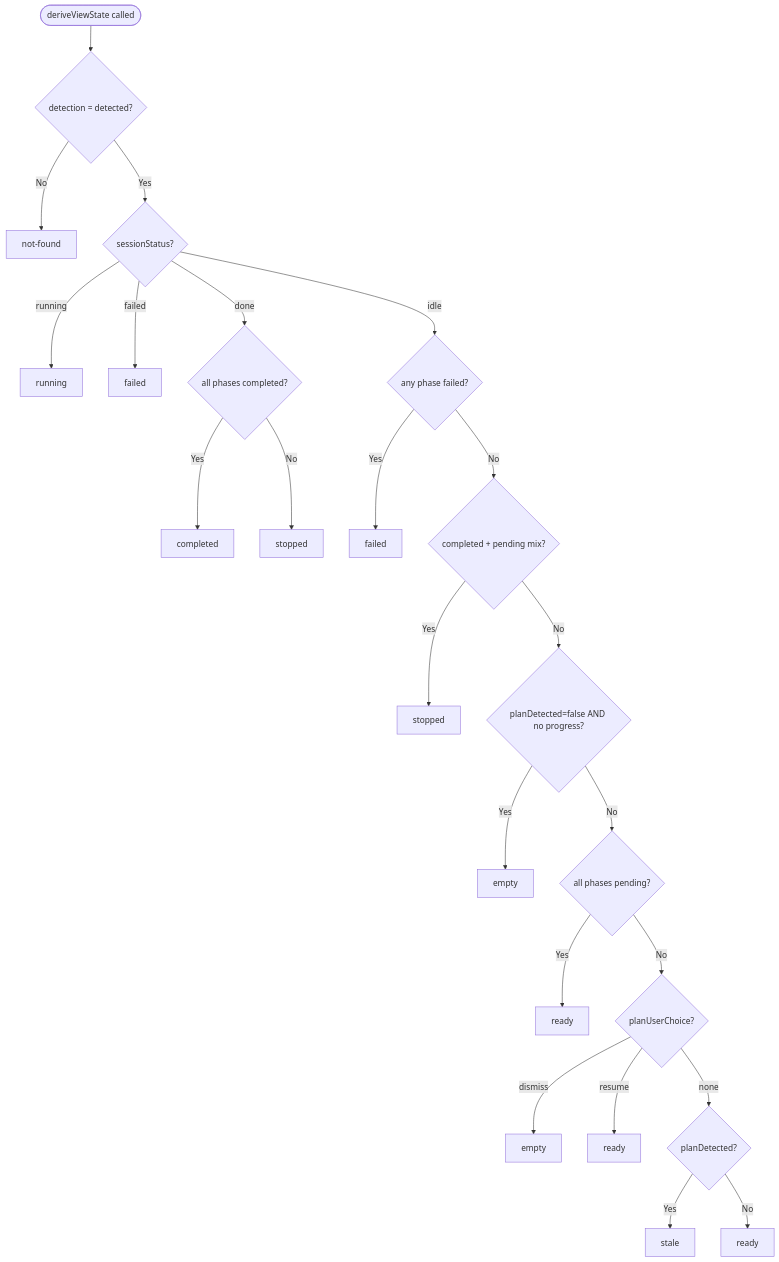
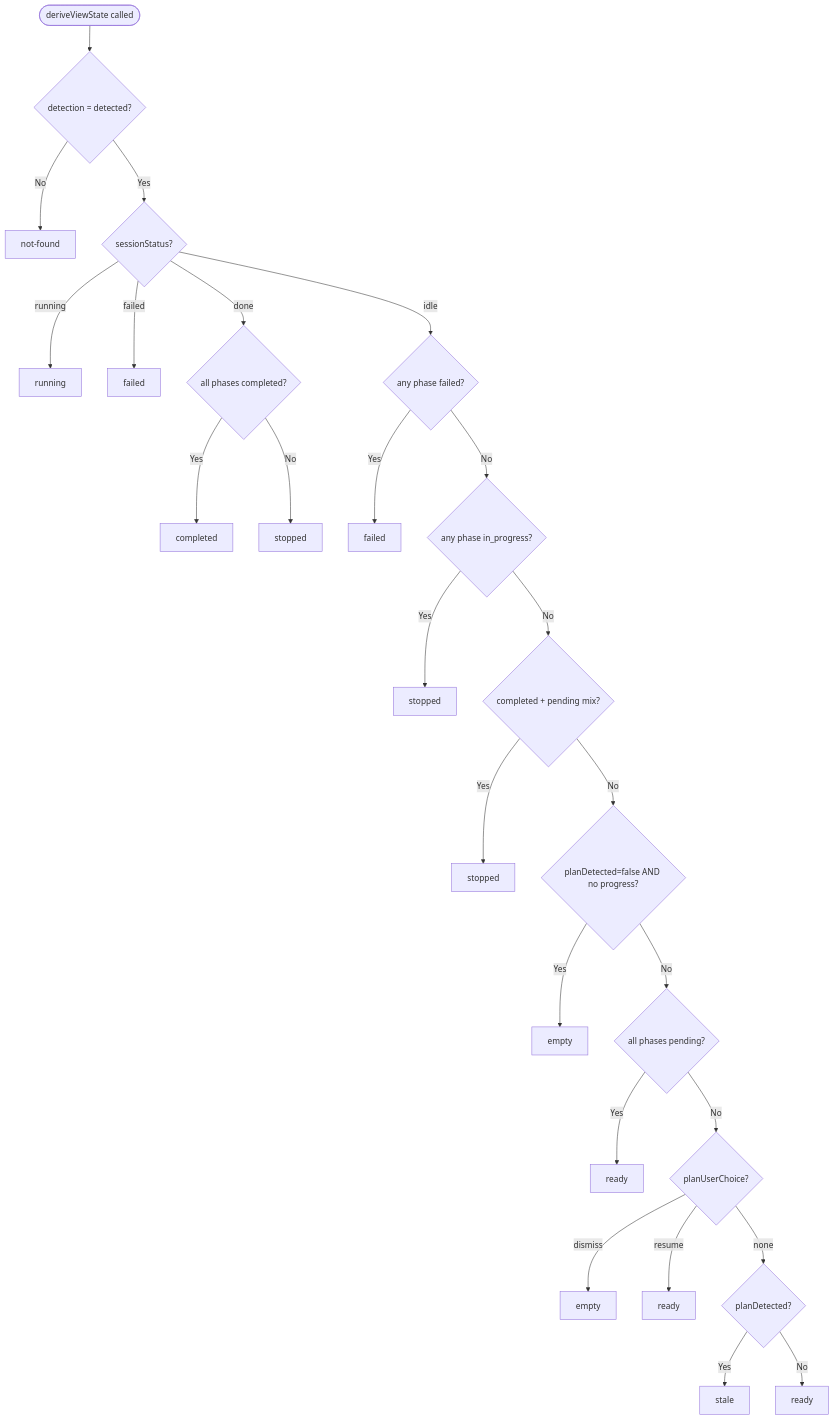
One commit to chmc/oxveil changed the second of 3 diagrams in docs/workflow/states.md. Above: the diagram before and after it, drawn with Mermaid. The commit also changed other lines of this file and 2 other files, not shown here.

First line of the commit message:
fix: handle in_progress phase in deriveViewState idle path

````diff
--- a/docs/workflow/states.md
+++ b/docs/workflow/states.md
@@ -141,25 +142,27 @@
 ```mermaid
 flowchart TD
     Start([deriveViewState called]) --> D1{detection = detected?}
     D1 -- No --> NotFound[not-found]
     D1 -- Yes --> D2{sessionStatus?}
     D2 -- running --> Running[running]
     D2 -- failed --> Failed1[failed]
     D2 -- done --> D3{all phases completed?}
     D3 -- Yes --> Completed[completed]
     D3 -- No --> Stopped1[stopped]
     D2 -- idle --> D4{any phase failed?}
     D4 -- Yes --> Failed2[failed]
-    D4 -- No --> D5{completed + pending mix?}
+    D4 -- No --> D4b{any phase in_progress?}
+    D4b -- Yes --> Stopped3[stopped]
+    D4b -- No --> D5{completed + pending mix?}
     D5 -- Yes --> Stopped2[stopped]
     D5 -- No --> D6{planDetected=false AND no progress?}
     D6 -- Yes --> Empty1[empty]
     D6 -- No --> D7{all phases pending?}
     D7 -- Yes --> Ready1[ready]
     D7 -- No --> D8{planUserChoice?}
     D8 -- dismiss --> Empty2[empty]
     D8 -- resume --> Ready2[ready]
     D8 -- none --> D9{planDetected?}
     D9 -- Yes --> Stale[stale]
     D9 -- No --> Ready3[ready]
 ```
````
